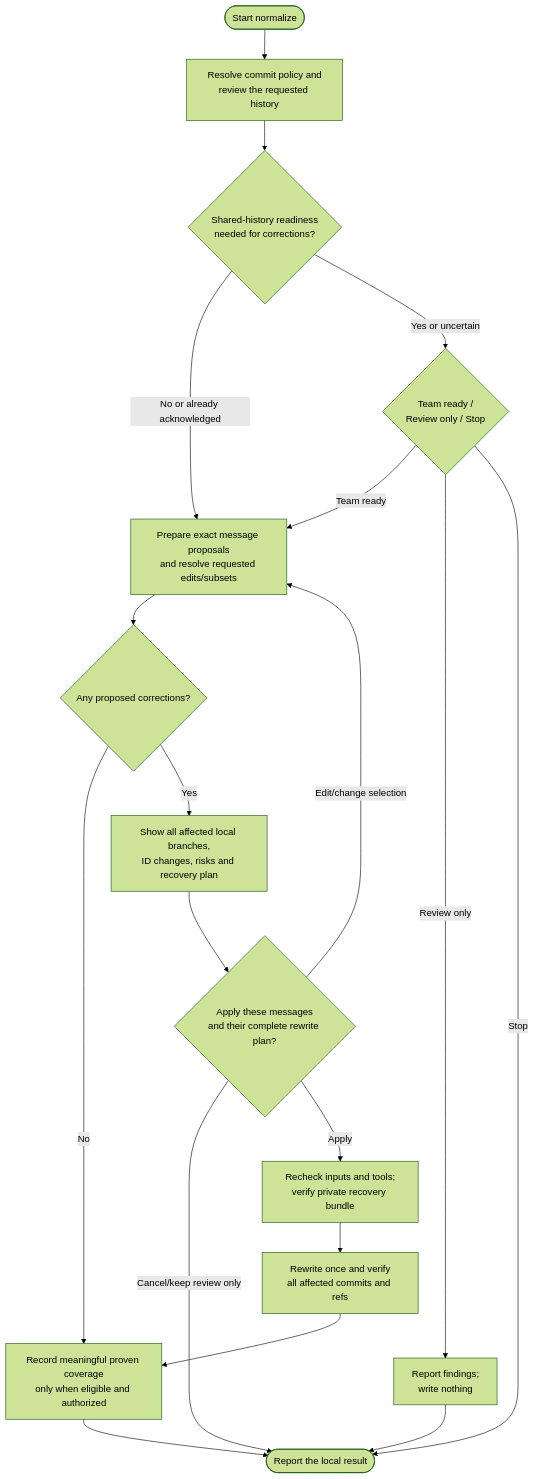
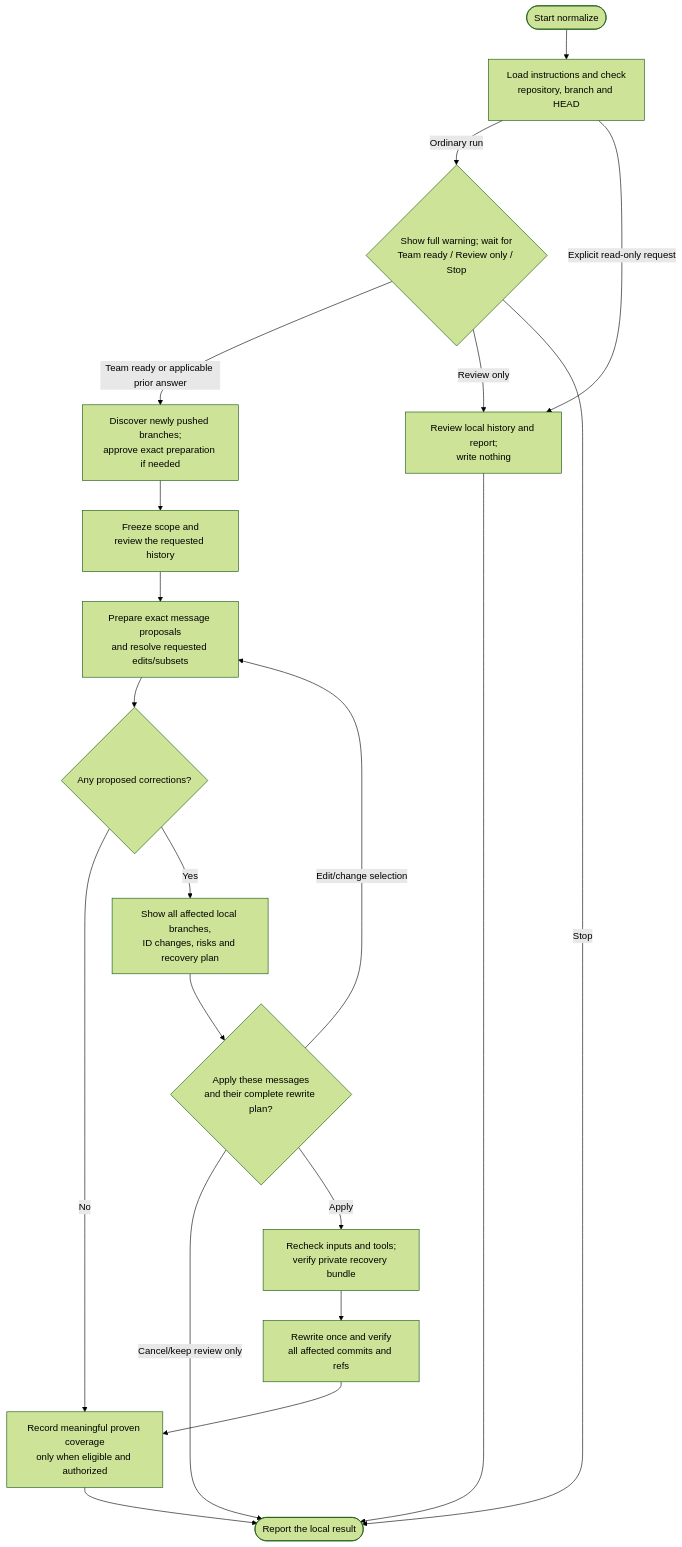
The diagram in docs/commands/normalize.md (myowinthein/agent-helm), drawn with Mermaid (forest theme) before and after one commit. The commit also changed other lines of this file and 8 other files, not shown here.

Commit message:
fix(normalize): show readiness before history review

````diff
--- a/docs/commands/normalize.md
+++ b/docs/commands/normalize.md
@@ -23,21 +23,22 @@
 ```mermaid
 flowchart TD
-  Start(["Start normalize"]) --> Audit["Resolve commit policy and<br/>review the requested history"]
-  Audit --> Shared{"Shared-history readiness<br/>needed for corrections?"}
-  Shared -->|No or already acknowledged| Messages["Prepare exact message proposals<br/>and resolve requested edits/subsets"]
-  Shared -->|Yes or uncertain| Team{"Team ready /<br/>Review only / Stop"}
-  Team -->|Team ready| Messages
-  Team -->|Review only| Report["Report findings;<br/>write nothing"]
+  Start(["Start normalize"]) --> Basic["Load instructions and check<br/>repository, branch and HEAD"]
+  Basic -->|Ordinary run| Team{"Show full warning; wait for<br/>Team ready / Review only / Stop"}
+  Basic -->|Explicit read-only request| Report["Review local history and report;<br/>write nothing"]
+  Team -->|Team ready or applicable prior answer| Prepare["Discover newly pushed branches;<br/>approve exact preparation if needed"]
+  Prepare --> Audit["Freeze scope and<br/>review the requested history"]
+  Audit --> Messages["Prepare exact message proposals<br/>and resolve requested edits/subsets"]
+  Team -->|Review only| Report
   Team -->|Stop| End(["Report the local result"])
   Report --> End
   Messages --> Changed{"Any proposed corrections?"}
   Changed -->|No| Record["Record meaningful proven coverage<br/>only when eligible and authorized"]
   Changed -->|Yes| Impact["Show all affected local branches,<br/>ID changes, risks and recovery plan"]
   Impact --> Approval{"Apply these messages<br/>and their complete rewrite plan?"}
   Approval -->|Edit/change selection| Messages
   Approval -->|Cancel/keep review only| End
   Approval -->|Apply| Backup["Recheck inputs and tools;<br/>verify private recovery bundle"]
   Backup --> Rewrite["Rewrite once and verify<br/>all affected commits and refs"]
   Rewrite --> Record
   Record --> End
 ```
````
